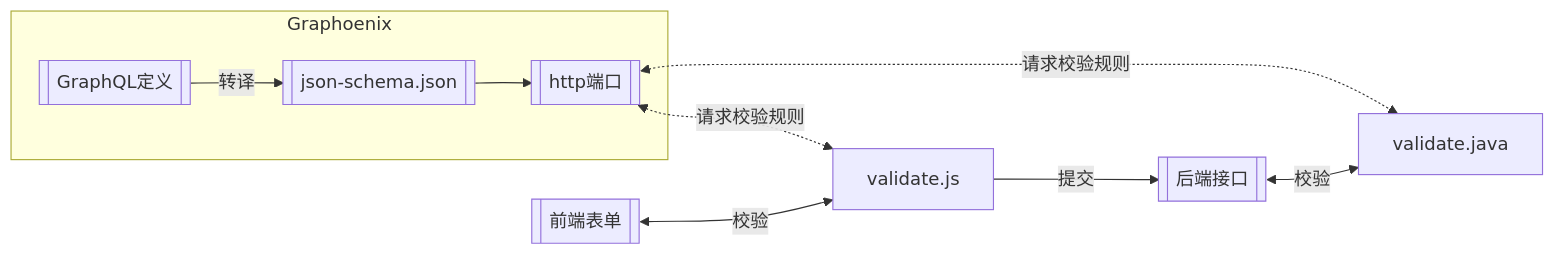
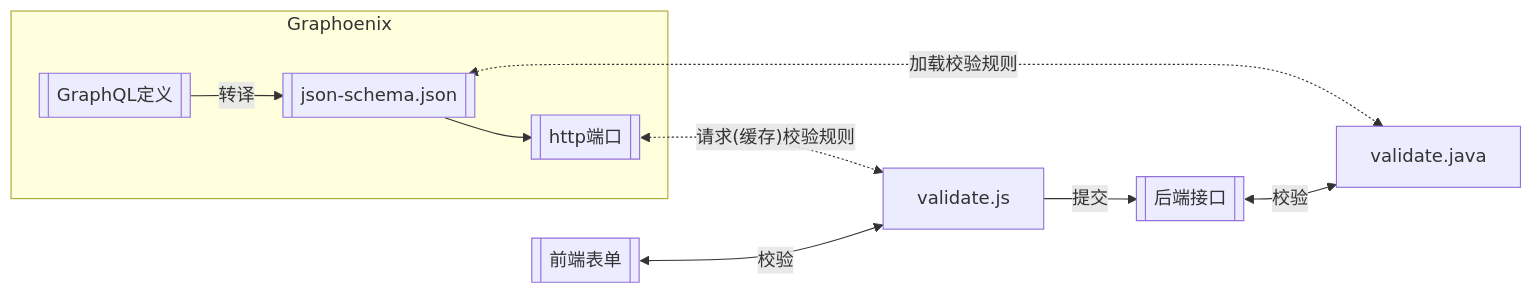
Before and after one commit to doukai/gp-doc.github.io: the seventh of 9 diagrams in docs/intro.md, drawn with Mermaid. The commit also changed other lines of this file, not shown here.

````diff
--- a/docs/intro.md
+++ b/docs/intro.md
@@ -114,9 +114,10 @@
 ```mermaid
 flowchart LR
     subgraph Graphoenix
         schema[[GraphQL定义]] -- 转译 --> jsonSchema[[json-schema.json]] --> http[[http端口]]
     end
-    http <-. 请求校验规则 .-> js & java
+    http <-. 请求(缓存)校验规则 .-> js
+    jsonSchema <-. 加载校验规则 .-> java
     form[[前端表单]] <-- 校验 --> js[validate.js]
     js -- 提交 --> func[[后端接口]] <-- 校验 --> java[validate.java]
 ```
````
